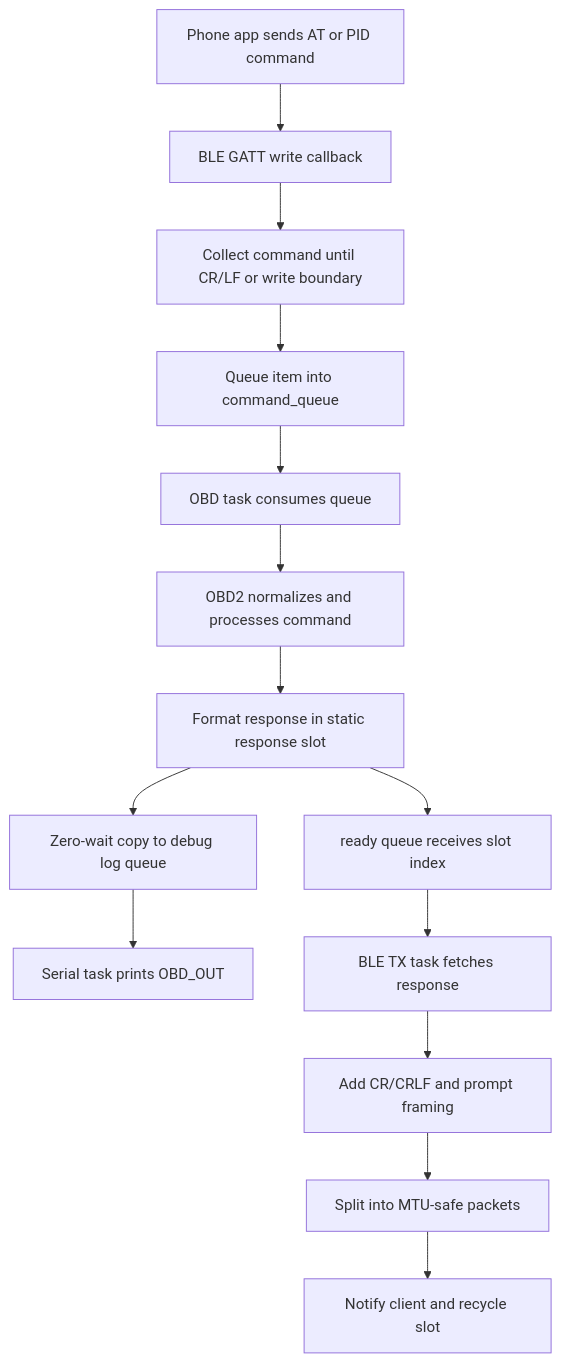
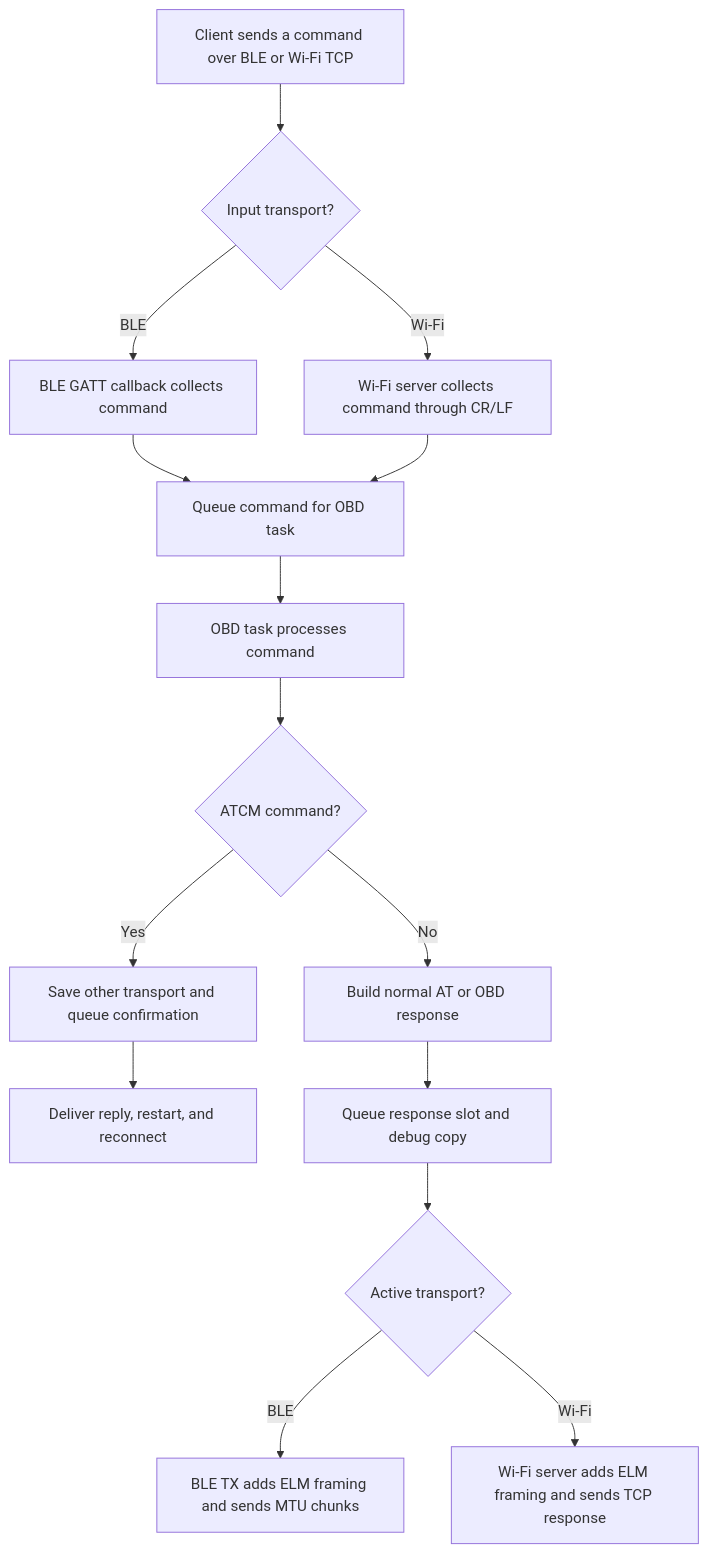
The fourth of 7 diagrams in OBD_BLE_FreeRTOS_C/flowchart.md (ASTI-ITS/ITS-test), drawn with Mermaid before and after one commit. The commit also changed other lines of this file and 1 other file, not shown here.

Commit message:
updated flowcharts to reflect change mode

````diff
--- a/OBD_BLE_FreeRTOS_C/flowchart.md
+++ b/OBD_BLE_FreeRTOS_C/flowchart.md
@@ -89,16 +92,17 @@
 ```mermaid
 graph TD
-    A[Phone app sends AT or PID command] --> B[BLE GATT write callback]
-    B --> C[Collect command until CR/LF or write boundary]
-    C --> D[Queue item into command_queue]
-    D --> E[OBD task consumes queue]
-    E --> F[OBD2 normalizes and processes command]
-    F --> G[Format response in static response slot]
-    G --> H[Zero-wait copy to debug log queue]
-    H --> I[Serial task prints OBD_OUT]
-    G --> J[ready queue receives slot index]
-    J --> K[BLE TX task fetches response]
-    K --> L[Add CR/CRLF and prompt framing]
-    L --> M[Split into MTU-safe packets]
-    M --> N[Notify client and recycle slot]
+    A[Client sends a command over BLE or Wi-Fi TCP] --> B{Input transport?}
+    B -- BLE --> C[BLE GATT callback collects command]
+    B -- Wi-Fi --> D[Wi-Fi server collects command through CR/LF]
+    C --> E[Queue command for OBD task]
+    D --> E
+    E --> F[OBD task processes command]
+    F --> G{ATCM command?}
+    G -- Yes --> H[Save other transport and queue confirmation]
+    H --> I[Deliver reply, restart, and reconnect]
+    G -- No --> J[Build normal AT or OBD response]
+    J --> K[Queue response slot and debug copy]
+    K --> L{Active transport?}
+    L -- BLE --> M[BLE TX adds ELM framing and sends MTU chunks]
+    L -- Wi-Fi --> N[Wi-Fi server adds ELM framing and sends TCP response]
 ```
````
